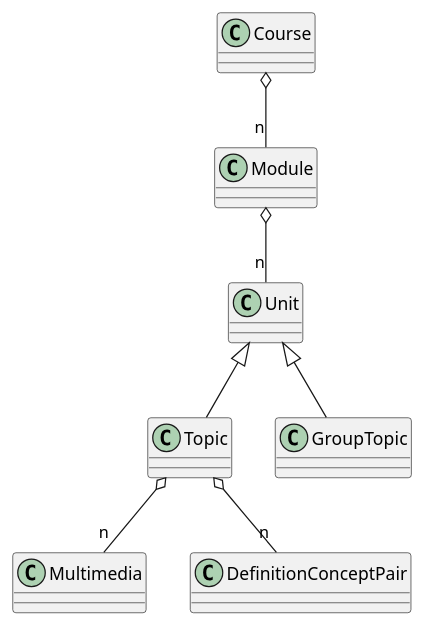
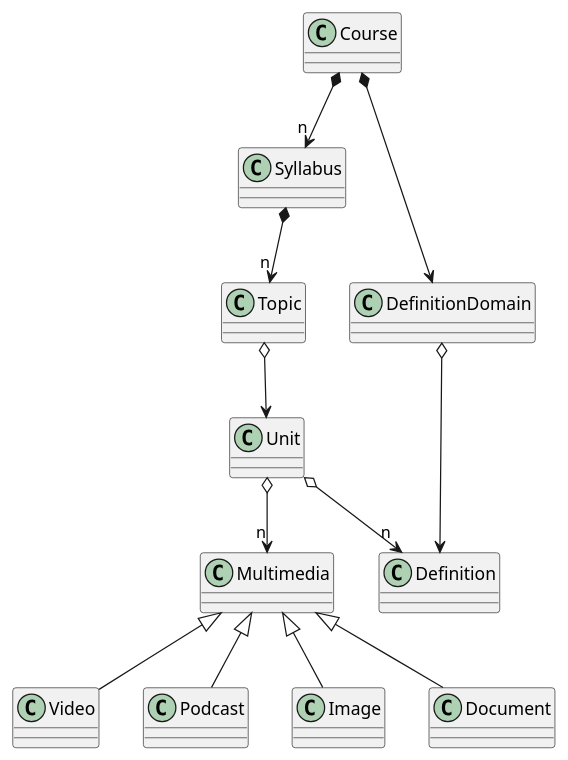
The diagram in src/Course.puml (jumpering/lab-turing), drawn with PlantUML before and after one commit. The commit also changed 2 other files, not shown here.

Commit message:
add Xavi diagram brainStroming

```diff
--- a/src/Course.puml
+++ b/src/Course.puml
@@ -1,16 +1,23 @@
 @startuml
 class Course
-class Module
 class Unit
 class Topic
-class GroupTopic
 class Multimedia
 
-Course o--"n" Module
-Module o--"n" Unit
-Unit <|-- Topic
-Unit <|-- GroupTopic
-Topic o-- "n" DefinitionConceptPair
-Topic o-- "n" Multimedia
+Course *-->"n" Syllabus
+Course *--> DefinitionDomain
+Syllabus *-->"n" Topic
+Topic o--> Unit
+
+Unit o--> "n" Definition
+Unit o--> "n" Multimedia
+
+DefinitionDomain o--> Definition
+
+Multimedia <|-- Video
+Multimedia <|-- Podcast
+Multimedia <|-- Image
+Multimedia <|-- Document
+
 
 @enduml
```
